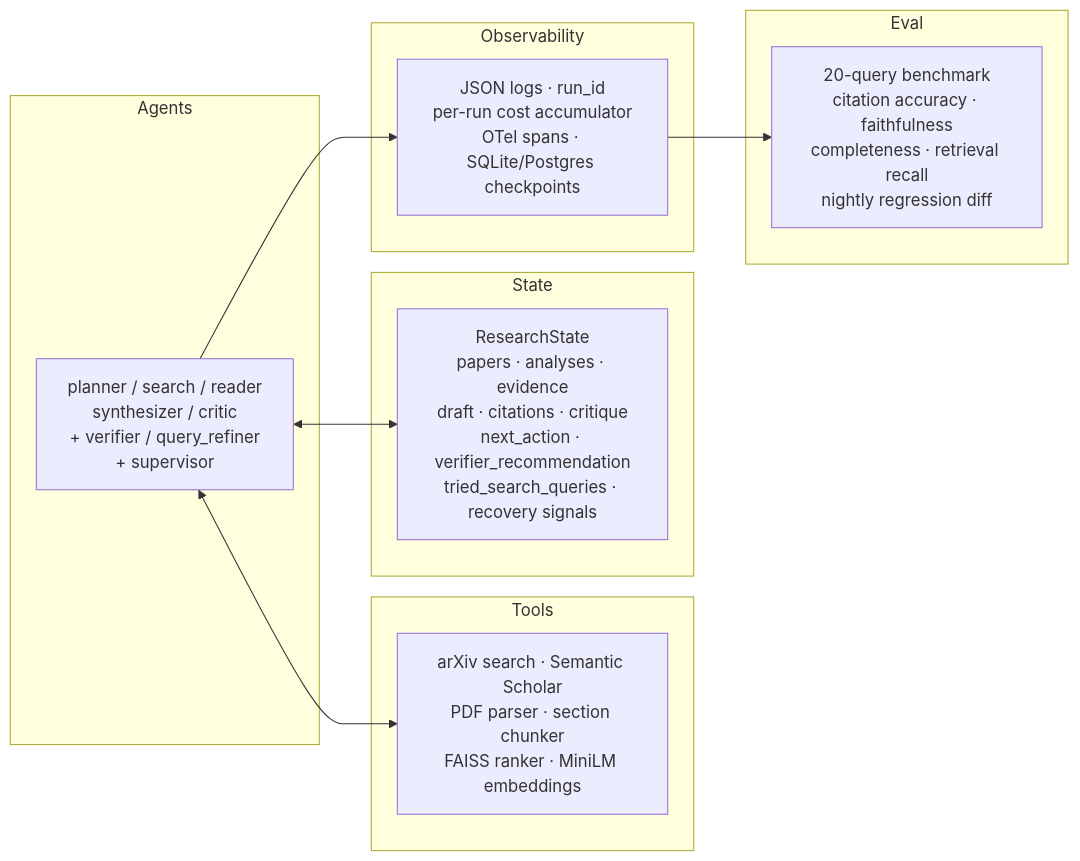
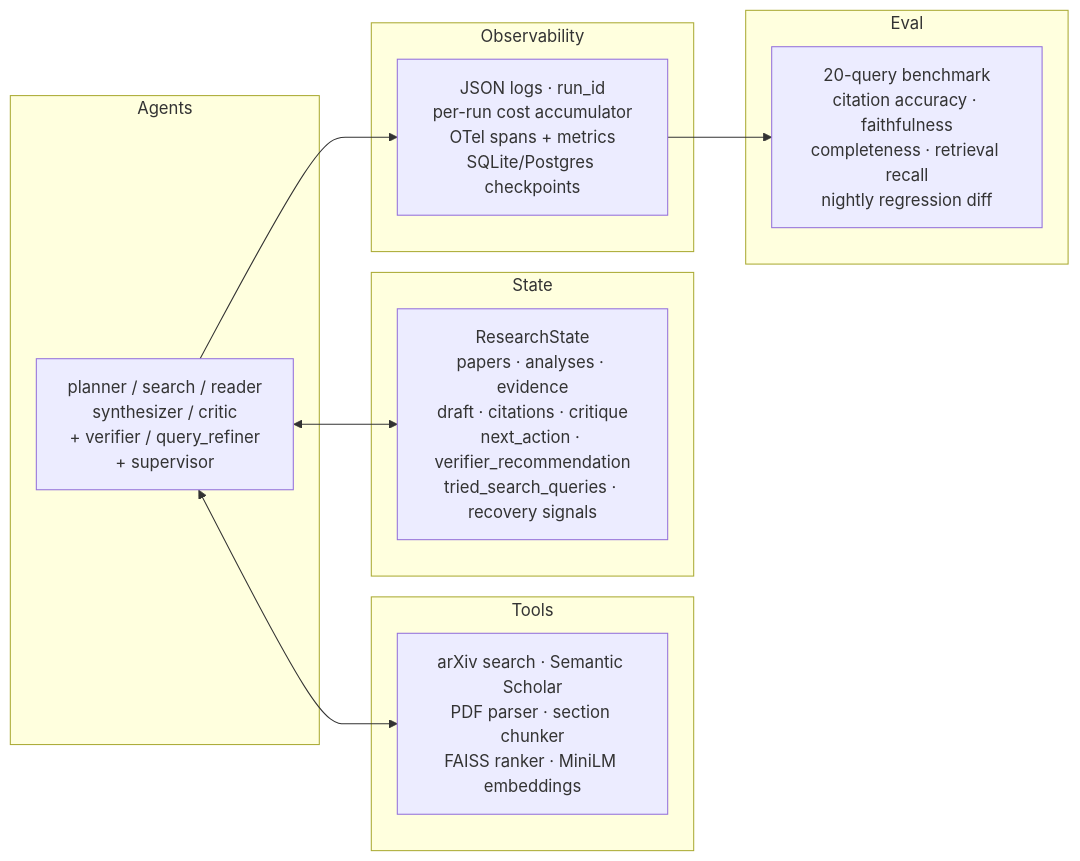
The third of 3 diagrams in README.md (kudratsingh/arxiv-research-agent), drawn with Mermaid before and after one commit. The commit also changed other lines of this file and 16 other files, not shown here.

````diff
--- a/README.md
+++ b/README.md
@@ -77,22 +77,22 @@
 ```mermaid
 flowchart LR
     subgraph "Agents"
         A[planner / search / reader<br/>synthesizer / critic<br/>+ verifier / query_refiner<br/>+ supervisor]
     end
     subgraph "Tools"
         T[arXiv search · Semantic Scholar<br/>PDF parser · section chunker<br/>FAISS ranker · MiniLM embeddings]
     end
     subgraph "State"
         S[ResearchState<br/>papers · analyses · evidence<br/>draft · citations · critique<br/>next_action · verifier_recommendation<br/>tried_search_queries · recovery signals]
     end
     subgraph "Observability"
-        O[JSON logs · run_id<br/>per-run cost accumulator<br/>OTel spans · SQLite/Postgres checkpoints]
+        O[JSON logs · run_id<br/>per-run cost accumulator<br/>OTel spans + metrics<br/>SQLite/Postgres checkpoints]
     end
     subgraph "Eval"
         E[20-query benchmark<br/>citation accuracy · faithfulness<br/>completeness · retrieval recall<br/>nightly regression diff]
     end
     A <--> S
     A <--> T
     A --> O
     O --> E
 ```
````
